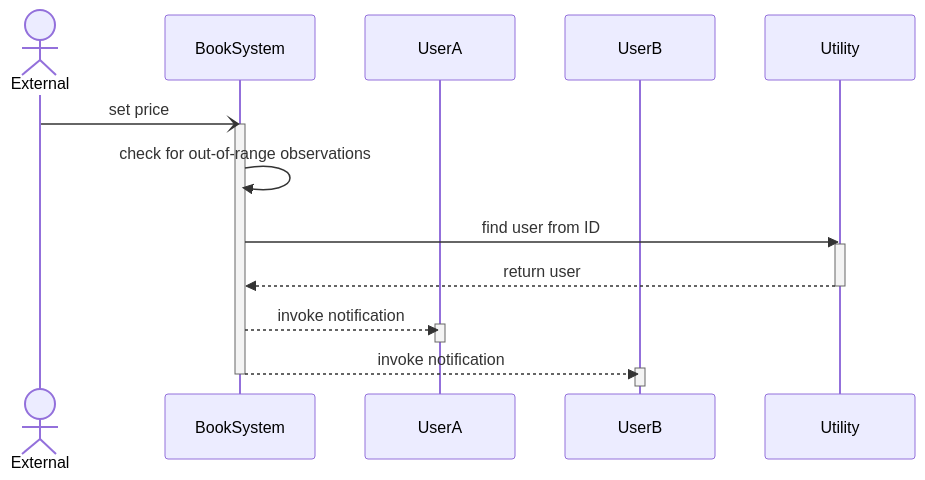
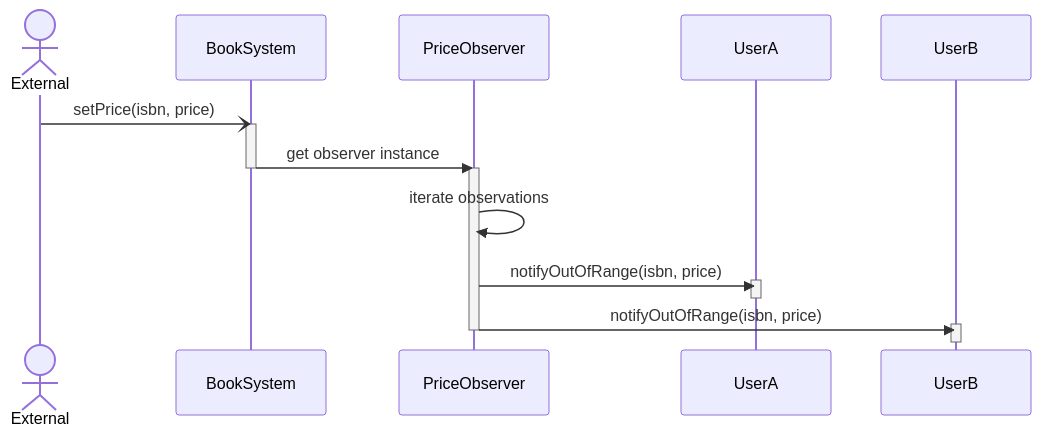
One commit to hanggrian/IIT-CS586 changed the third of 7 diagrams in assignments/hw1.md. Above: the diagram before and after it, drawn with Mermaid. The commit also changed other lines of this file, not shown here.

````diff
--- a/assignments/hw1.md
+++ b/assignments/hw1.md
@@ -335,26 +338,26 @@
 ```mermaid
 sequenceDiagram
   actor External
   participant BookSystem
+  participant PriceObserver
   participant UserA
   participant UserB
-  participant Utility
 
-  External -) BookSystem: set price
+  External -) BookSystem: setPrice(isbn, price)
   activate BookSystem
-  BookSystem ->> BookSystem: check for out-of-range observations
+  BookSystem ->> PriceObserver: get observer instance
+  deactivate BookSystem
 
-  BookSystem ->> Utility: find user from ID
-  activate Utility
-  Utility -->> BookSystem: return user
-  deactivate Utility
+  activate PriceObserver
+  PriceObserver ->> PriceObserver: iterate observations
 
-  BookSystem -->> UserA: invoke notification
+  PriceObserver ->> UserA: notifyOutOfRange(isbn, price)
   activate UserA
   deactivate UserA
-  BookSystem -->> UserB: invoke notification
+
+  PriceObserver ->> UserB: notifyOutOfRange(isbn, price)
   activate UserB
   deactivate UserB
 
-  deactivate BookSystem
+  deactivate PriceObserver
 ```
````
